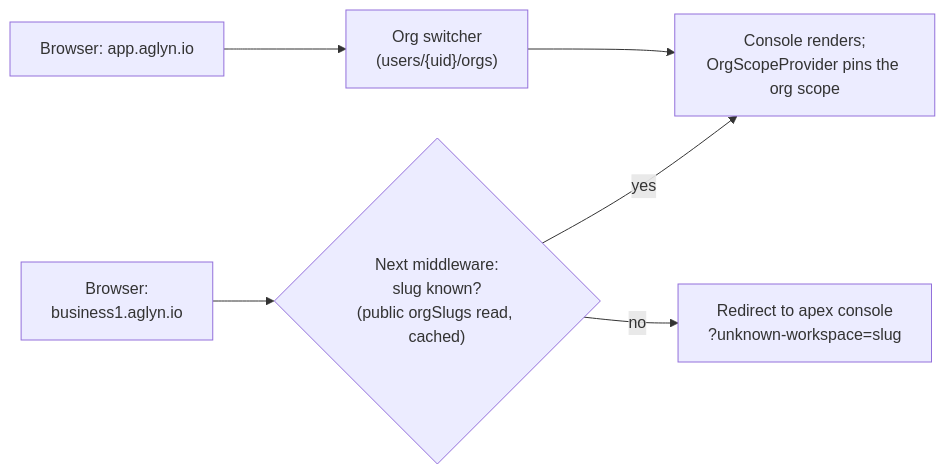
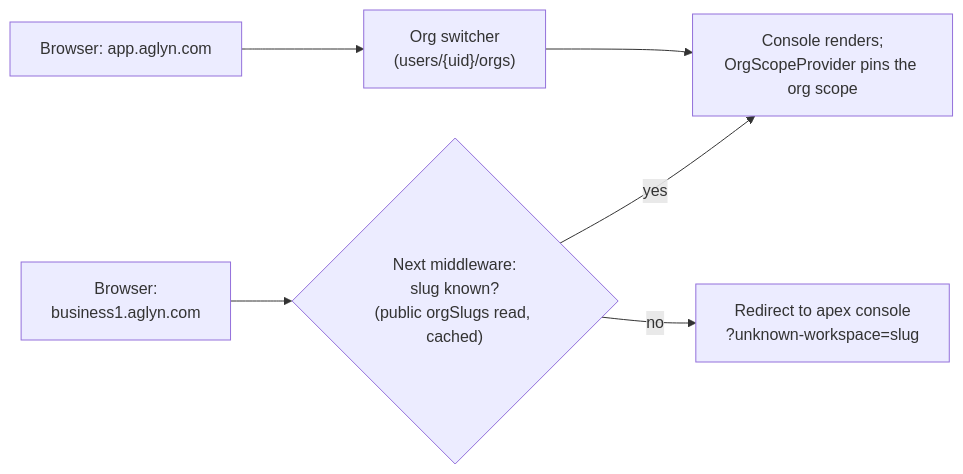
Before and after one commit to zgover/core: the fourth of 5 diagrams in apps/docs/docs/staff-console/architecture-multi-tenancy.md, drawn with Mermaid. The commit also changed 10 other files, not shown here.

First line of the commit message:
docs(domains): publish aglyn.com as the API base URL and workspace host (AGL-721)

````diff
--- a/apps/docs/docs/staff-console/architecture-multi-tenancy.md
+++ b/apps/docs/docs/staff-console/architecture-multi-tenancy.md
@@ -124,8 +124,8 @@
 ```mermaid
 flowchart LR
-  B["Browser:<br/>business1.aglyn.io"] --> MW{"Next middleware:<br/>slug known?<br/>(public orgSlugs read, cached)"}
+  B["Browser:<br/>business1.aglyn.com"] --> MW{"Next middleware:<br/>slug known?<br/>(public orgSlugs read, cached)"}
   MW -- "yes" --> CON["Console renders;<br/>OrgScopeProvider pins the org scope"]
   MW -- "no" --> APEX["Redirect to apex console<br/>?unknown-workspace=slug"]
-  A2["Browser: app.aglyn.io"] --> SW["Org switcher<br/>(users/#lcub;uid#rcub;/orgs)"]
+  A2["Browser: app.aglyn.com"] --> SW["Org switcher<br/>(users/#lcub;uid#rcub;/orgs)"]
   SW --> CON
 ```
````
